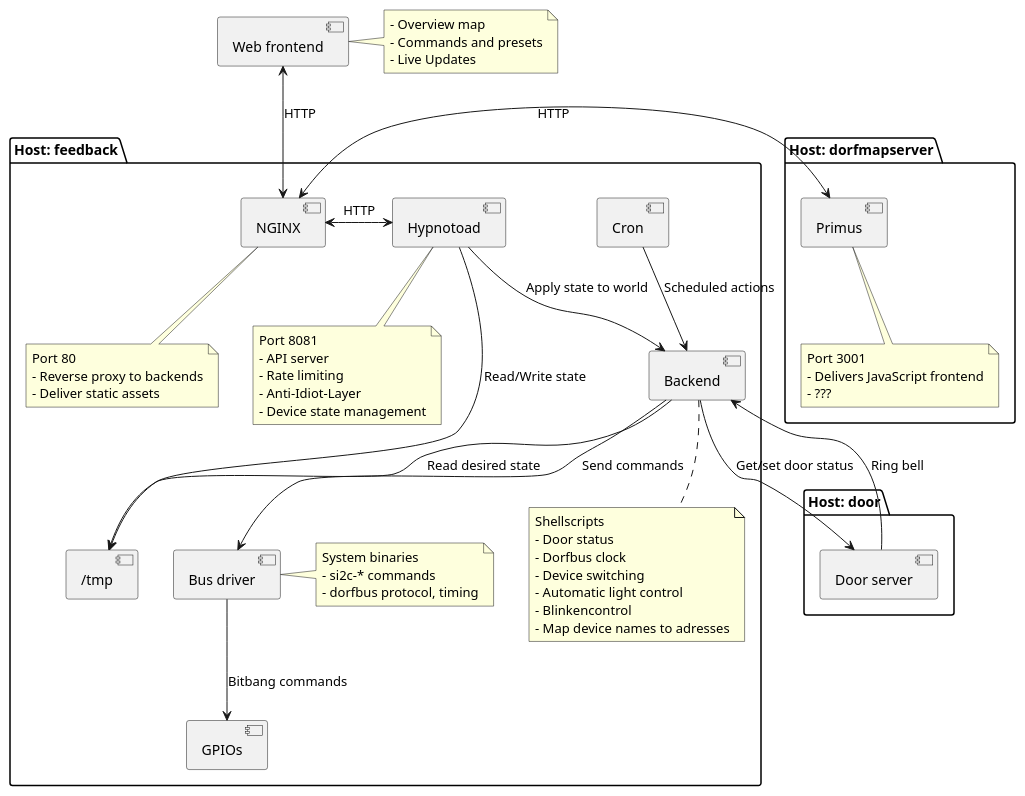
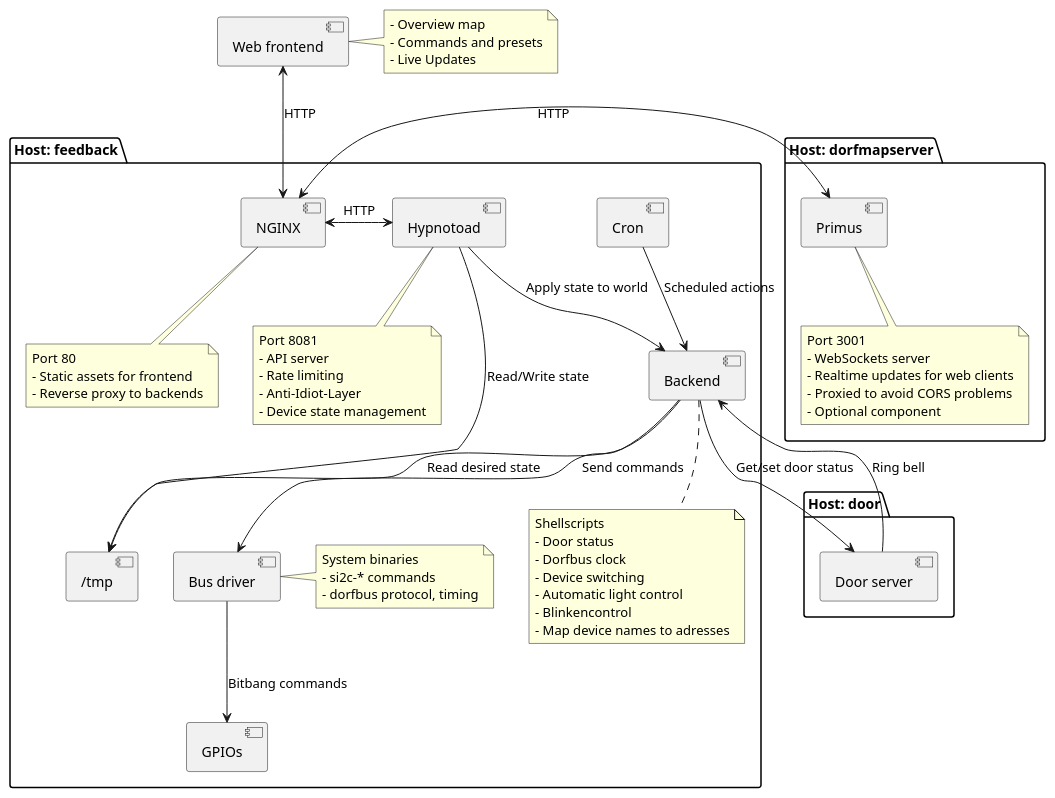
Before and after one commit to chaosdorf/dorfmap-deb: the diagram in docs/architecture.puml, drawn with PlantUML. The commit also changed 1 other file, not shown here.

Commit message:
Update architecture diagram again

```diff
--- a/docs/architecture.puml
+++ b/docs/architecture.puml
@@ -1,75 +1,77 @@
 @startuml
 [Web frontend]
 note right of "Web frontend"
 - Overview map
 - Commands and presets
 - Live Updates
 end note
 
 package "Host: feedback" {
     [Cron]
 
     [NGINX]
     note bottom of "NGINX"
     Port 80
+    - Static assets for frontend
     - Reverse proxy to backends
-    - Deliver static assets
     end note
 
     [Hypnotoad]
     note bottom of "Hypnotoad"
     Port 8081
     - API server
     - Rate limiting
     - Anti-Idiot-Layer
     - Device state management
     end note
 
     [Backend]
     note bottom of "Backend"
     Shellscripts
     - Door status
     - Dorfbus clock
     - Device switching
     - Automatic light control
     - Blinkencontrol
     - Map device names to adresses
     end note
 
     [Bus driver]
     note right of "Bus driver"
     System binaries
     - si2c-* commands
     - dorfbus protocol, timing
     end note
 
     [GPIOs]
     [/tmp]
 }
 
 package "Host: door" {
     [Door server]
 }
 
 package "Host: dorfmapserver" {
     [Primus]
     note bottom of "Primus"
     Port 3001
-    - Delivers JavaScript frontend
-    - ???
+    - WebSockets server
+    - Realtime updates for web clients
+    - Proxied to avoid CORS problems
+    - Optional component
     end note
 }
 
 [Web frontend] <--> [NGINX] : HTTP
 [NGINX] <-left-> [Primus] : HTTP
 [NGINX] <-right-> [Hypnotoad] : HTTP
 
 [Cron] --> [Backend] : Scheduled actions
 [Hypnotoad] --> [/tmp] : Read/Write state
 [Hypnotoad] --> [Backend] : Apply state to world
 [Backend] --> [Door server] : Get/set door status
 [Backend] --> [/tmp] : Read desired state
 [Backend] --> [Bus driver] : Send commands
 [Backend] <-- [Door server] : Ring bell
 [Bus driver] --> [GPIOs] : Bitbang commands
 @enduml
```
